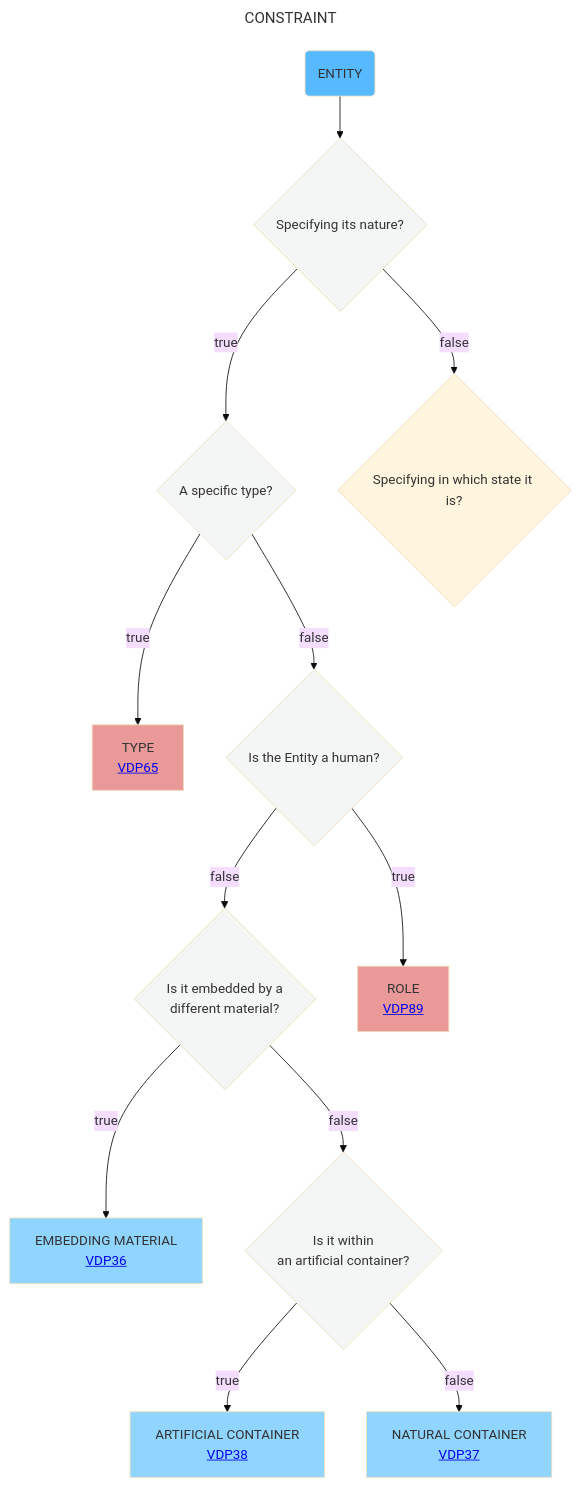
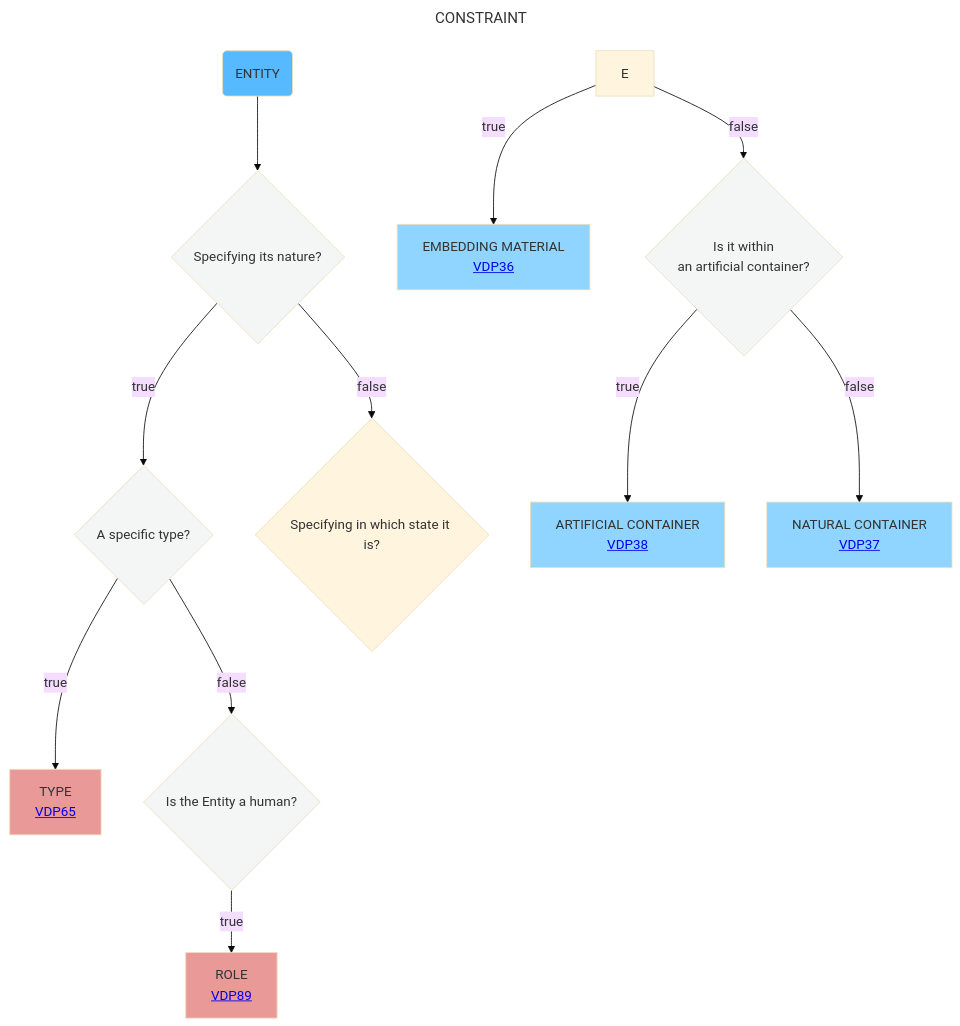
Before and after one commit to mabablue/I-ADOPT-patterns-playground: the diagram in Decisition_trees/DT8.mmd, drawn with Mermaid (base theme).

```diff
--- a/Decisition_trees/DT8.mmd
+++ b/Decisition_trees/DT8.mmd
@@ -1,21 +1,20 @@
 ---
 title: CONSTRAINT
 ---
 flowchart TD
     A(ENTITY):::satblue  --> AB{Specifying its nature?}:::white
     AB --> |true|B{A specific type?}:::white
     AB --> |false|O{Specifying in which state it is?}
     B --> |true|C[TYPE <br> <a href='https://github.com/mabablue/I-ADOPT-patterns-playground/blob/main/pattern/VDP65.yaml'>VDP65</a>]:::rose
     B --> |false|D{Is the Entity a human?}:::white
-    D --> |false|E{Is it embedded by a <br> different material?}:::white
     D --> |true|F[ROLE <br> <a href='https://github.com/mabablue/I-ADOPT-patterns-playground/blob/main/pattern/VDP89.yaml'>VDP89</a>]:::rose
     E --> |true|G[EMBEDDING MATERIAL <br> <a href='https://github.com/mabablue/I-ADOPT-patterns-playground/blob/main/pattern/VDP36.yaml'>VDP36</a>]:::blue
     E --> |false|H{Is it within <br> an artificial container?}:::white
     H --> |true|I[ARTIFICIAL CONTAINER <br> <a href='https://github.com/mabablue/I-ADOPT-patterns-playground/blob/main/pattern/VDP38.yaml'>VDP38</a>]:::blue
     H --> |false|J[NATURAL CONTAINER <br> <a href='https://github.com/mabablue/I-ADOPT-patterns-playground/blob/main/pattern/VDP37.yaml'>VDP37</a>]:::blue
 
    classDef blue fill:#90D5FF
    classDef satblue fill:#57B9FF 
    classDef white fill:#f3f6f4
    classDef green fill:#6aa84f
    classDef rose fill:#ea9999
```
